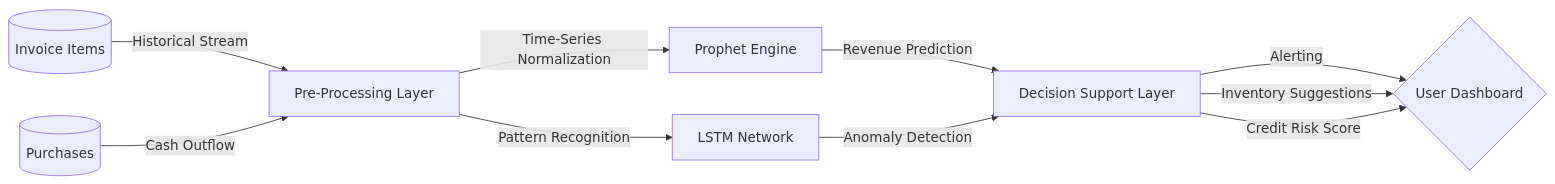
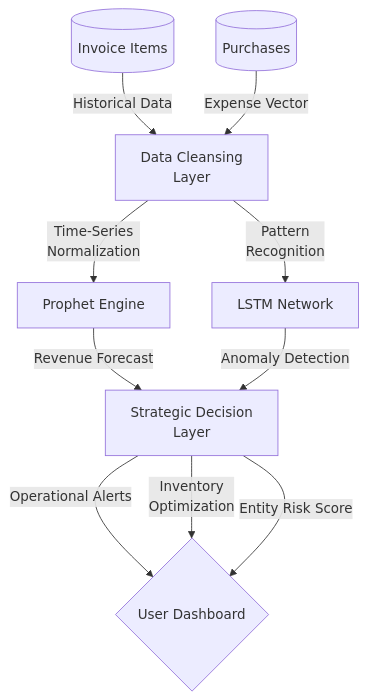
The sixth of 12 diagrams in documentation.md (DHEENA0007/GST-Billing-clg), drawn with Mermaid before and after one commit. The commit also changed other lines of this file and 5 other files, not shown here.

````diff
--- a/documentation.md
+++ b/documentation.md
@@ -283,12 +325,12 @@
 ```mermaid
-flowchart LR
-    A[(Invoice Items)] -->|Historical Stream| B[Pre-Processing Layer]
-    C[(Purchases)] -->|Cash Outflow| B
-    B -->|Time-Series Normalization| D[Prophet Engine]
-    B -->|Pattern Recognition| E[LSTM Network]
-    D -->|Revenue Prediction| F[Decision Support Layer]
+flowchart TD
+    A[(Invoice Items)] -->|Historical Data| B[Data Cleansing<br/>Layer]
+    C[(Purchases)] -->|Expense Vector| B
+    B -->|Time-Series<br/>Normalization| D[Prophet Engine]
+    B -->|Pattern<br/>Recognition| E[LSTM Network]
+    D -->|Revenue Forecast| F[Strategic Decision<br/>Layer]
     E -->|Anomaly Detection| F
-    F -->|Alerting| G{User Dashboard}
-    F -->|Inventory Suggestions| G
-    F -->|Credit Risk Score| G
+    F -->|Operational Alerts| G{User Dashboard}
+    F -->|Inventory<br/>Optimization| G
+    F -->|Entity Risk Score| G
 ```
````
